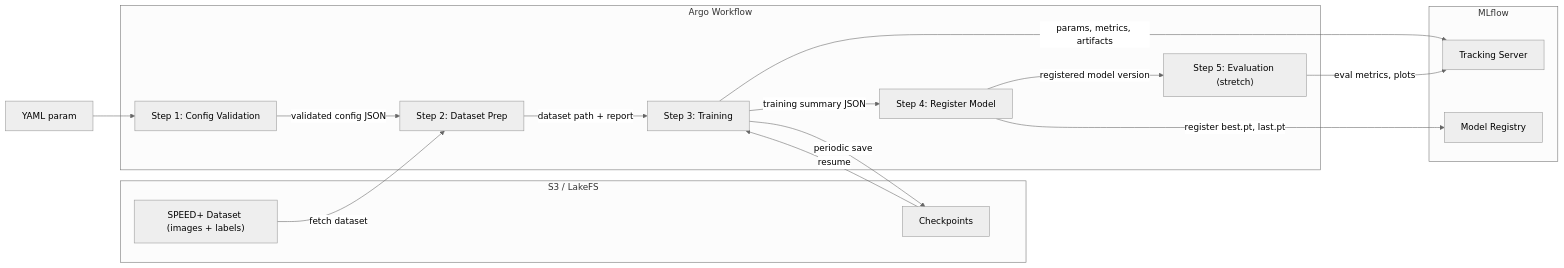
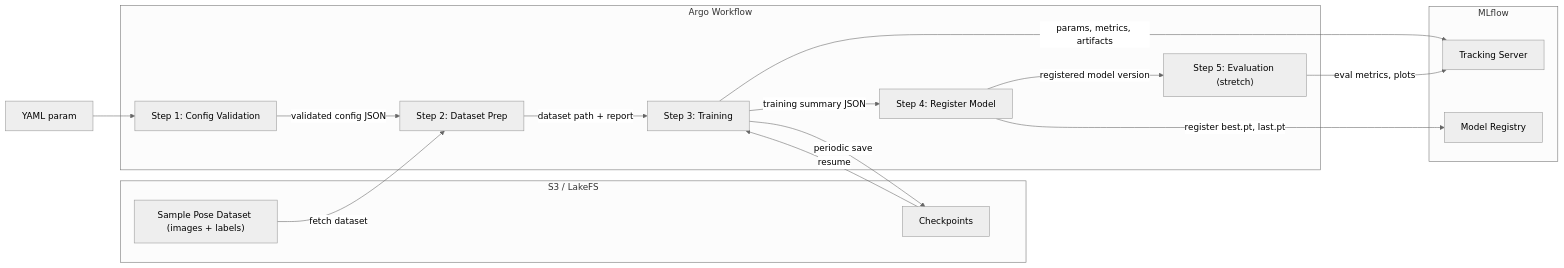
Before and after one commit to novelcore/kubeline-yolo-mlops: the second of 2 diagrams in docs/mlops_technical_architecture.md, drawn with Mermaid (neutral theme). The commit also changed other lines of this file and 39 other files, not shown here.

````diff
--- a/docs/mlops_technical_architecture.md
+++ b/docs/mlops_technical_architecture.md
@@ -72,33 +72,33 @@
 ```mermaid
 flowchart LR
     subgraph Storage["S3 / LakeFS"]
-        DS["SPEED+ Dataset (images + labels)"]
+        DS["Sample Pose Dataset (images + labels)"]
         CK["Checkpoints"]
     end
 
     subgraph Argo["Argo Workflow"]
         S1["Step 1: Config Validation"]
         S2["Step 2: Dataset Prep"]
         S3["Step 3: Training"]
         S4["Step 4: Register Model"]
         S5["Step 5: Evaluation ⟨stretch⟩"]
 
         S1 -->|validated config JSON| S2
         S2 -->|dataset path + report| S3
         S3 -->|training summary JSON| S4
         S4 -->|registered model version| S5
     end
 
     subgraph MLflow["MLflow"]
         Track["Tracking Server"]
         Reg["Model Registry"]
     end
 
     YAML["YAML param"] --> S1
     DS -->|fetch dataset| S2
     S3 -->|periodic save| CK
     CK -->|resume| S3
     S3 -->|params, metrics, artifacts| Track
     S4 -->|register best.pt, last.pt| Reg
     S5 -->|eval metrics, plots| Track
 ```
````
